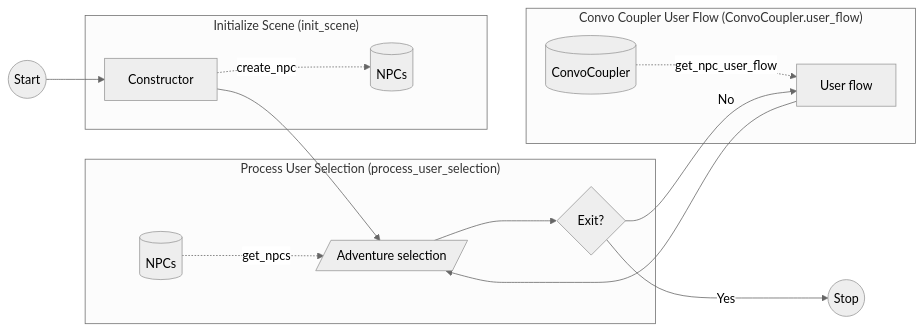
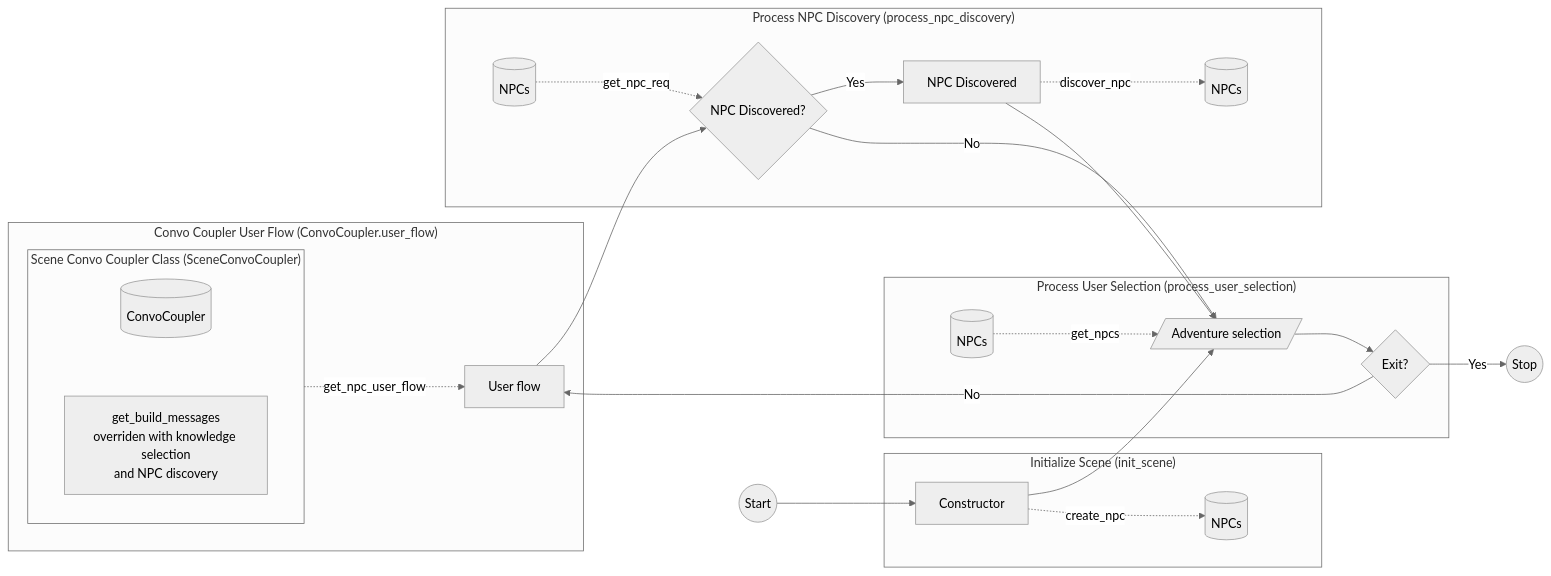
The first of 3 diagrams in README.md (LioQing/verbose-adventure), drawn with Mermaid (neutral theme) before and after one commit.

Commit message:
Update scene system flow

````diff
--- a/README.md
+++ b/README.md
@@ -11,33 +11,52 @@
 ```mermaid
 flowchart LR
     start((Start))
     stop((Stop))
+
+    subgraph "Initialize Scene (init_scene)"
+        construct[Constructor]
+        adventuresDB[(NPCs)]
+    end
 
     subgraph "Process User Selection (process_user_selection)"
         adventuresDB1[(NPCs)]
         selection[/Adventure selection/]
         exitQ{Exit?}
     end
 
-    subgraph "Initialize Scene (init_scene)"
-        construct[Constructor]
-        adventuresDB[(NPCs)]
+    subgraph "Process NPC Discovery (process_npc_discovery)"
+        npcDiscoveryReq[(NPCs)]
+        discoveredQ{NPC Discovered?}
+        discoverd[NPC Discovered]
+        npcDiscovered[(NPCs)]
     end
 
     subgraph "Convo Coupler User Flow (ConvoCoupler.user_flow)"
         userflow[User flow]
-        adventureDB[(ConvoCoupler)]
+        subgraph convoCoupler["Scene Convo Coupler Class (SceneConvoCoupler)"]
+            direction TB
+            adventureDB[(ConvoCoupler)]
+            get_built_messages[get_build_messages\noverriden with knowledge selection\nand NPC discovery]
+
+            adventureDB ~~~ get_built_messages
+        end
     end
 
     start --> construct
     construct -.create_npc.-> adventuresDB
 
-    userflow --> selection
-    adventureDB -.get_npc_user_flow.-> userflow
+    npcDiscoveryReq -.get_npc_req.-> discoveredQ
+    discoveredQ -- No --> selection
+    discoveredQ -- Yes --> discoverd
+    discoverd -.discover_npc.-> npcDiscovered
+    discoverd --> selection
+
+    userflow --> discoveredQ
+    convoCoupler -.get_npc_user_flow.-> userflow
 
     construct --> selection
     adventuresDB1 -.get_npcs.-> selection
     selection --> exitQ
     exitQ -- Yes --> stop
     exitQ -- No --> userflow
 ```
````
